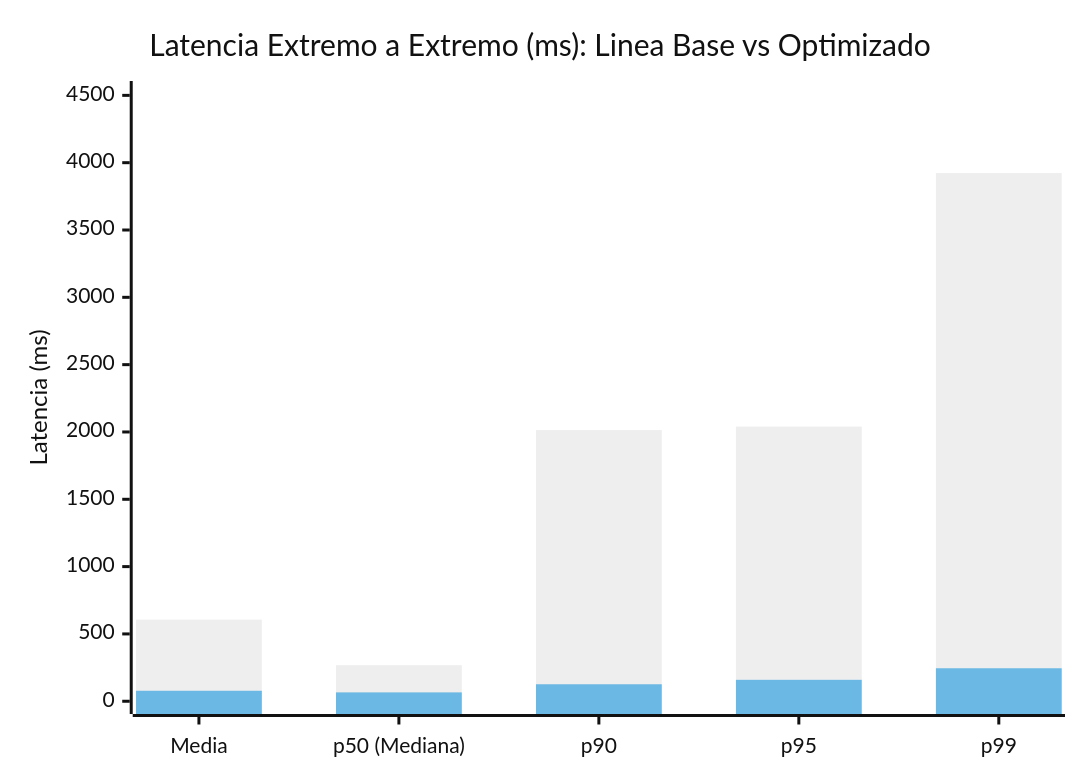
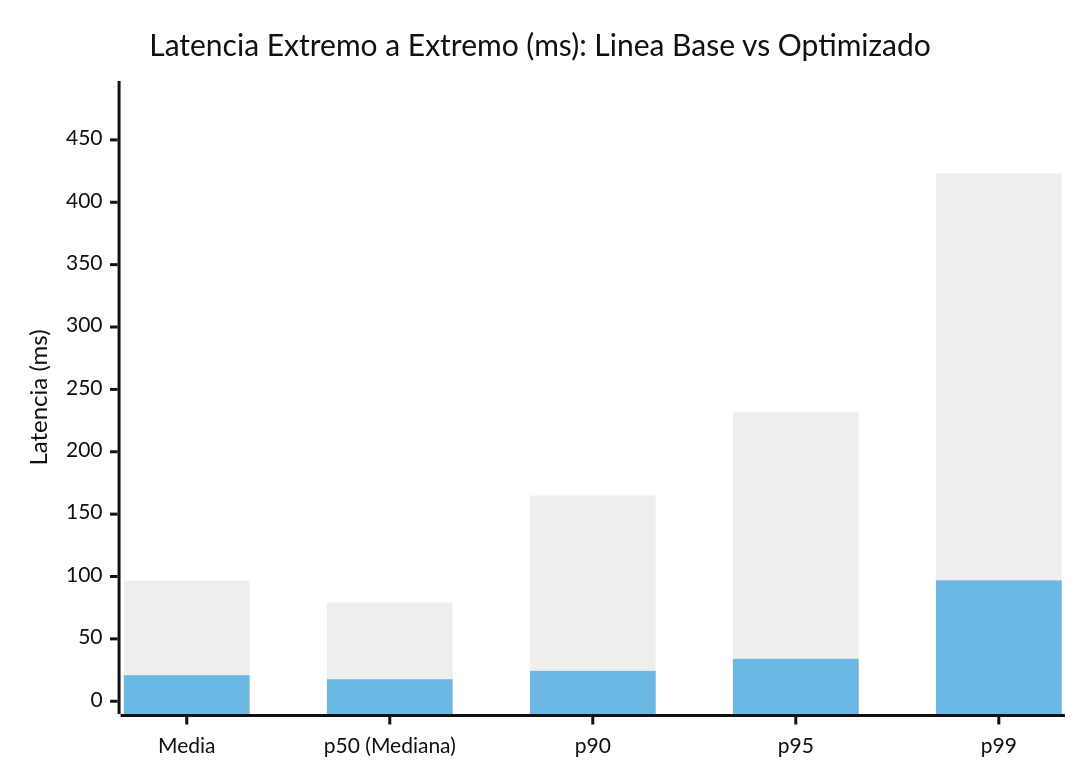
One commit to BrianValente/uade-tpo-ingenieria-de-datos-ii-fixture changed the first of 2 diagrams in hito-12-carga-optimizacion/docs/evidencia/tablas_o_graficos.md. Above: the diagram before and after it, drawn with Mermaid (neutral theme). The commit also changed other lines of this file and 11 other files, not shown here.

````diff
--- a/hito-12-carga-optimizacion/docs/evidencia/tablas_o_graficos.md
+++ b/hito-12-carga-optimizacion/docs/evidencia/tablas_o_graficos.md
@@ -61,8 +61,8 @@
 ```mermaid
 xychart-beta
     title "Latencia Extremo a Extremo (ms): Linea Base vs Optimizado"
     x-axis ["Media", "p50 (Mediana)", "p90", "p95", "p99"]
-    y-axis "Latencia (ms)" 0 --> 4512
-    bar [606.008, 267.811, 2014.118, 2039.774, 3922.693]
-    bar [77.879, 65.834, 126.178, 159.28, 245.069]
+    y-axis "Latencia (ms)" 0 --> 487
+    bar [96.701, 79.224, 164.868, 231.733, 423.238]
+    bar [20.864, 17.64, 24.352, 33.982, 96.889]
 ```
````
